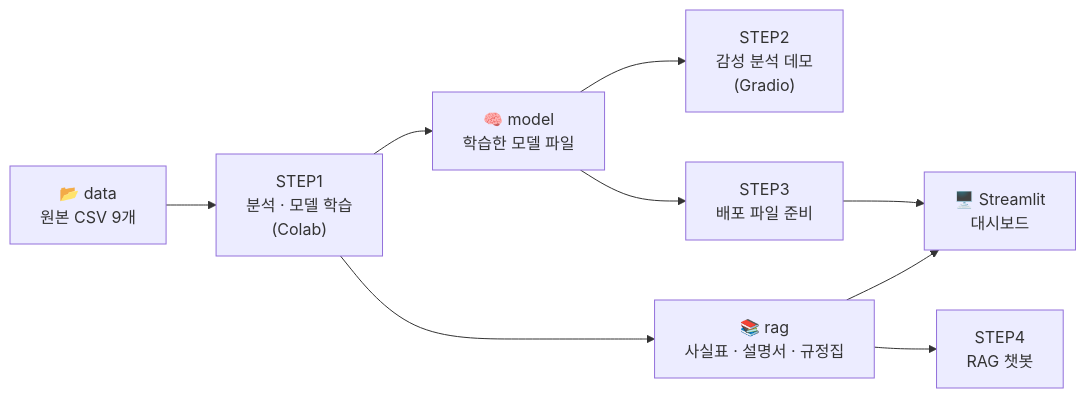
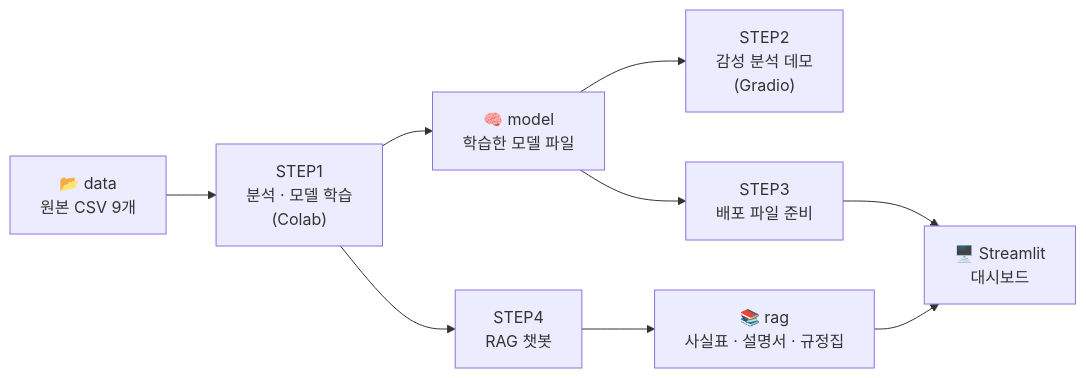
One commit to journal-izm/Olist-Data-Analysis changed the first of 3 diagrams in README.md. Above: the diagram before and after it, drawn with Mermaid.

Commit message:
Reorder steps in README for clarity

````diff
--- a/README.md
+++ b/README.md
@@ -12,11 +12,11 @@
 ```mermaid
 flowchart LR
     A["📂 data<br/>원본 CSV 9개"] --> B["STEP1<br/>분석 · 모델 학습<br/>(Colab)"]
     B --> C["🧠 model<br/>학습한 모델 파일"]
     C --> D["STEP2<br/>감성 분석 데모<br/>(Gradio)"]
     C --> E["STEP3<br/>배포 파일 준비"]
-    B --> R["📚 rag<br/>사실표 · 설명서 · 규정집"]
-    R --> F["STEP4<br/>RAG 챗봇"]
     E --> G["🖥️ Streamlit<br/>대시보드"]
+    B --> F["STEP4<br/>RAG 챗봇"]
+    F --> R["📚 rag<br/>사실표 · 설명서 · 규정집"]
     R --> G
 ```
````
